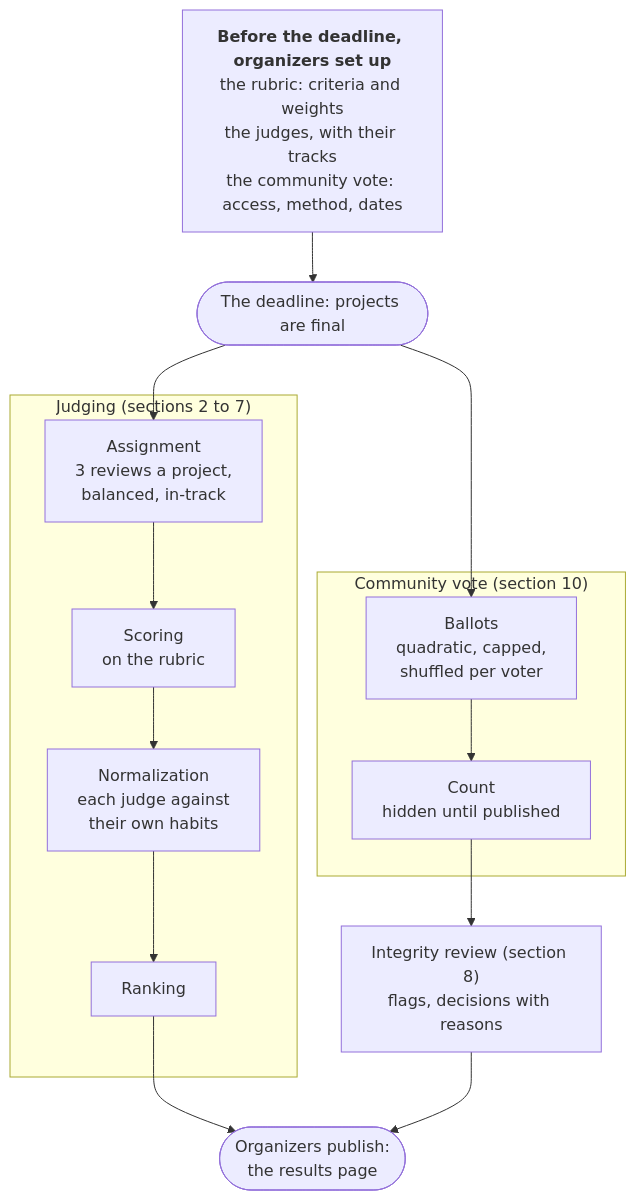
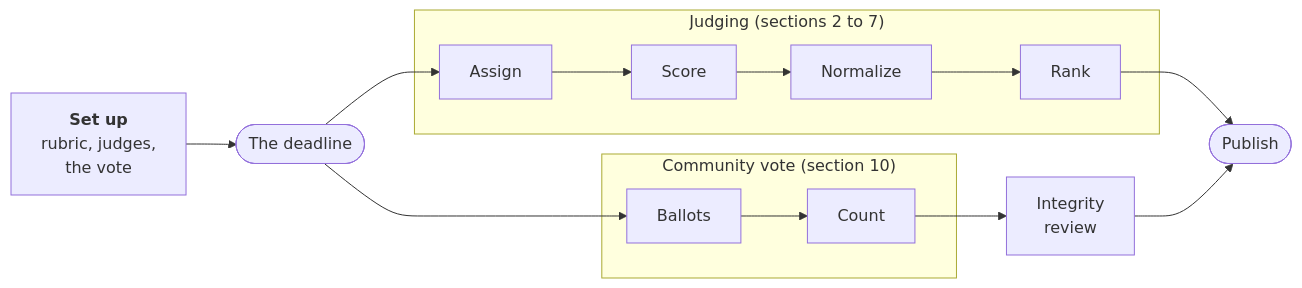
One commit to manusingh090/Shipshape changed the first of 4 diagrams in JUDGING.md. Above: the diagram before and after it, drawn with Mermaid. The commit also changed other lines of this file and 2 other files, not shown here.

Commit message:
Update files: shorter README, compact diagrams

````diff
--- a/JUDGING.md
+++ b/JUDGING.md
@@ -39,25 +39,14 @@
 ```mermaid
-flowchart TB
-    setup["<b>Before the deadline, organizers set up</b><br/>the rubric: criteria and weights<br/>the judges, with their tracks<br/>the community vote: access, method, dates"]
-    deadline(["The deadline: projects are final"])
+flowchart LR
+    setup["<b>Set up</b><br/>rubric, judges,<br/>the vote"] --> deadline(["The deadline"])
+    deadline --> assign
+    deadline --> ballots
     subgraph judgingflow["Judging (sections 2 to 7)"]
-        assign["Assignment<br/>3 reviews a project,<br/>balanced, in-track"]
-        score["Scoring<br/>on the rubric"]
-        norm["Normalization<br/>each judge against<br/>their own habits"]
-        rank["Ranking"]
-        assign --> score --> norm --> rank
+        assign["Assign"] --> score["Score"] --> norm["Normalize"] --> rank["Rank"]
     end
     subgraph communityflow["Community vote (section 10)"]
-        ballots["Ballots<br/>quadratic, capped,<br/>shuffled per voter"]
-        count["Count<br/>hidden until published"]
-        ballots --> count
+        ballots["Ballots"] --> count["Count"]
     end
-    review["Integrity review (section 8)<br/>flags, decisions with reasons"]
-    publish(["Organizers publish:<br/>the results page"])
-    setup --> deadline
-    deadline --> assign
-    deadline --> ballots
-    rank --> publish
-    count --> review
-    review --> publish
+    rank --> publish(["Publish"])
+    count --> review["Integrity<br/>review"] --> publish
 ```
````
